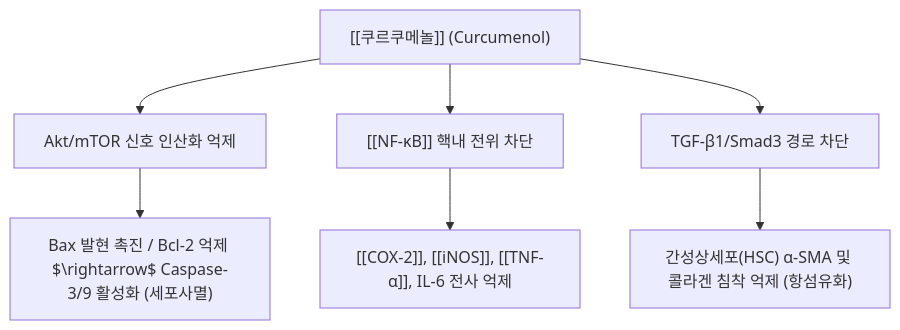
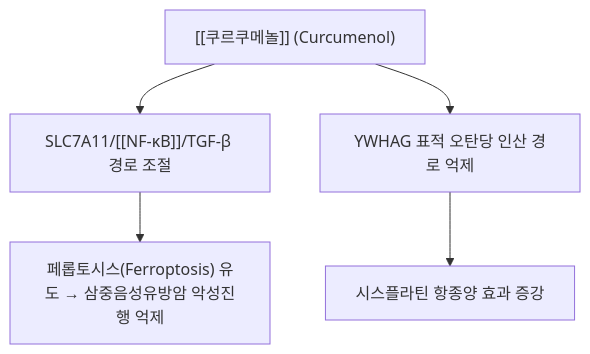
The diagram in content/2. 약리 공부/약리성분/03_테르페노이드_정유/쿠르쿠메놀.md (simbio11/simbio-digital-garden2), drawn with Mermaid before and after one commit. The commit also changed other lines of this file and 369 other files, not shown here.

````diff
--- a/content/2. 약리 공부/약리성분/03_테르페노이드_정유/쿠르쿠메놀.md
+++ b/content/2. 약리 공부/약리성분/03_테르페노이드_정유/쿠르쿠메놀.md
@@ -70,10 +66,8 @@
 ```mermaid
 graph TD
-    Curcumenol["[[쿠르쿠메놀]] (Curcumenol)"] --> Akt["Akt/mTOR 신호 인산화 억제"]
-    Curcumenol --> NFkB["[[NF-κB]] 핵내 전위 차단"]
-    Curcumenol --> TGF["TGF-β1/Smad3 경로 차단"]
+    Curcumenol["[[쿠르쿠메놀]] (Curcumenol)"] --> SLC["SLC7A11/[[NF-κB]]/TGF-β 경로 조절"]
+    Curcumenol --> PPP["YWHAG 표적 오탄당 인산 경로 억제"]
 
-    Akt --> Apop["Bax 발현 촉진 / Bcl-2 억제 $\rightarrow$ Caspase-3/9 활성화 (세포사멸)"]
-    NFkB --> AntiInflam["[[COX-2]], [[iNOS]], [[TNF-α]], IL-6 전사 억제"]
-    TGF --> AntiFibrosis["간성상세포(HSC) α-SMA 및 콜라겐 침착 억제 (항섬유화)"]
+    SLC --> Ferro["페롭토시스(Ferroptosis) 유도 → 삼중음성유방암 악성진행 억제"]
+    PPP --> Cisplatin["시스플라틴 항종양 효과 증강"]
 ```
````
